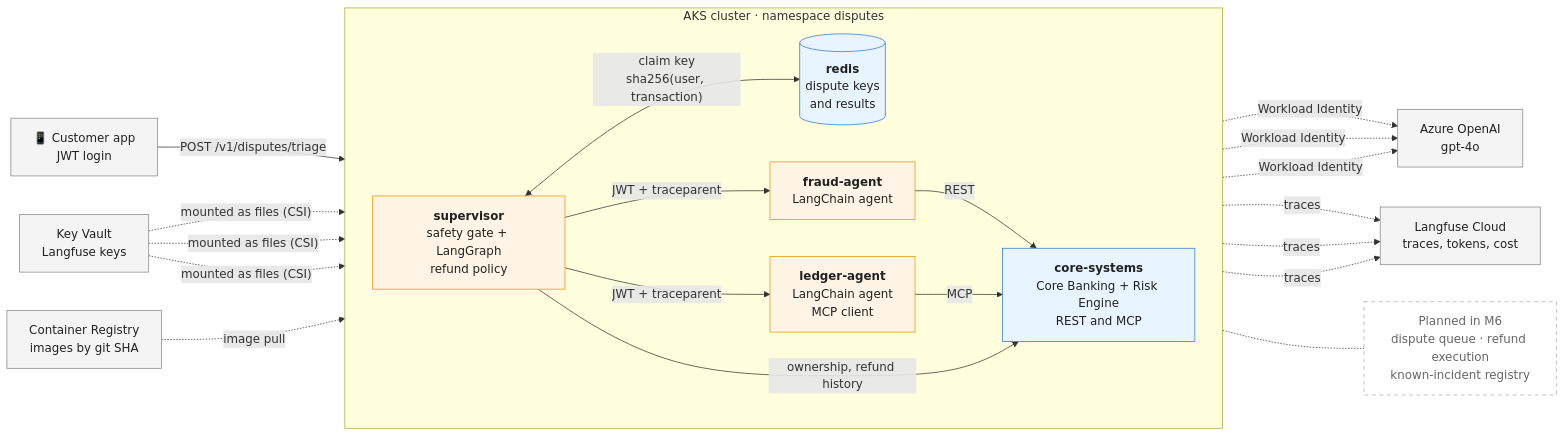
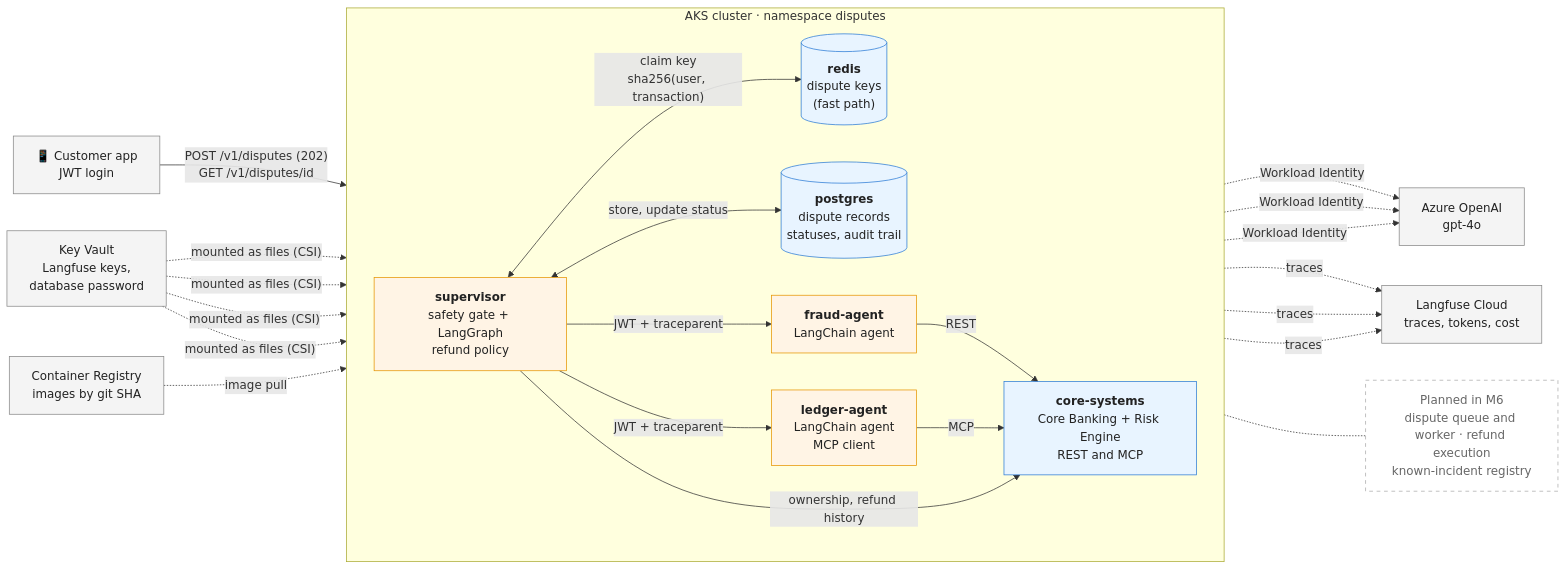
One commit to mangeleth/nequi-bank-agent-demo changed the first of 4 diagrams in README.md. Above: the diagram before and after it, drawn with Mermaid. The commit also changed other lines of this file and 5 other files, not shown here.

First line of the commit message:
M6 Step 10a deployed: PostgreSQL dispute store on AKS; deploy applies config before workloads

````diff
--- a/README.md
+++ b/README.md
@@ -11,42 +11,44 @@
 ```mermaid
 flowchart LR
     app["📱 Customer app<br/>JWT login"]
 
     subgraph aks["AKS cluster · namespace disputes"]
         direction LR
         sup["<b>supervisor</b><br/>safety gate + LangGraph<br/>refund policy"]
-        redis[("<b>redis</b><br/>dispute keys<br/>and results")]
+        redis[("<b>redis</b><br/>dispute keys<br/>(fast path)")]
+        pg[("<b>postgres</b><br/>dispute records<br/>statuses, audit trail")]
         fraud["<b>fraud-agent</b><br/>LangChain agent"]
         ledger["<b>ledger-agent</b><br/>LangChain agent<br/>MCP client"]
         core["<b>core-systems</b><br/>Core Banking + Risk Engine<br/>REST and MCP"]
     end
 
     aoai["Azure OpenAI<br/>gpt-4o"]
-    kv["Key Vault<br/>Langfuse keys"]
+    kv["Key Vault<br/>Langfuse keys,<br/>database password"]
     lf["Langfuse Cloud<br/>traces, tokens, cost"]
     acr["Container Registry<br/>images by git SHA"]
-    planned["Planned in M6<br/>dispute queue · refund execution<br/>known-incident registry"]
+    planned["Planned in M6<br/>dispute queue and worker · refund execution<br/>known-incident registry"]
 
-    app -- "POST /v1/disputes/triage" --> sup
+    app -- "POST /v1/disputes (202)<br/>GET /v1/disputes/id" --> sup
     sup <-- "claim key<br/>sha256(user, transaction)" --> redis
+    sup <-- "store, update status" --> pg
     sup -- "JWT + traceparent" --> fraud
     sup -- "JWT + traceparent" --> ledger
     fraud -- "REST" --> core
     ledger -- "MCP" --> core
     sup -- "ownership, refund history" --> core
 
     sup & fraud & ledger -. "Workload Identity" .-> aoai
     sup & fraud & ledger -. "traces" .-> lf
-    kv -. "mounted as files (CSI)" .-> sup & fraud & ledger
+    kv -. "mounted as files (CSI)" .-> sup & fraud & ledger & pg
     acr -. "image pull" .-> aks
     sup -.- planned
 
     classDef llm fill:#fff4e5,stroke:#e69500,color:#222
     classDef det fill:#e8f4ff,stroke:#2b7bd6,color:#222
     classDef ext fill:#f4f4f4,stroke:#888,color:#222
     classDef plan fill:#ffffff,stroke:#aaa,stroke-dasharray: 5 5,color:#666
     class sup,fraud,ledger llm
-    class core,redis det
+    class core,redis,pg det
     class app,aoai,kv,lf,acr ext
     class planned plan
 ```
````
